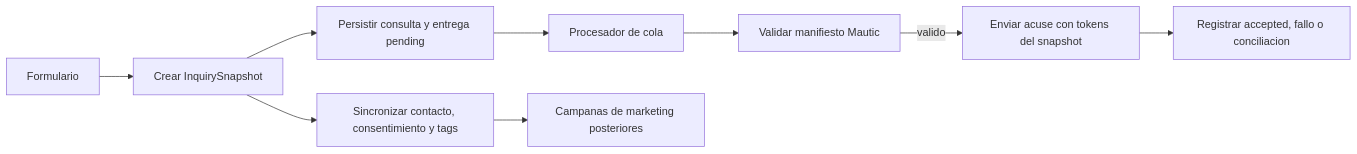
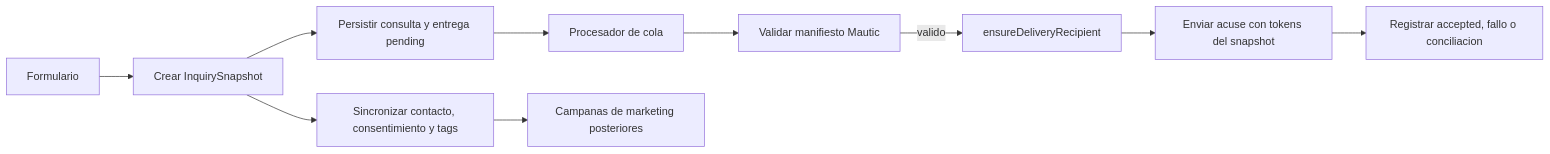
One commit to ivan1arriola/flacso-uruguay-plugin changed the diagram in docs/superpowers/specs/2026-09-30-consultas-transaccionales-snapshot-design.md. Above: the diagram before and after it, drawn with Mermaid. The commit also changed other lines of this file, not shown here.

````diff
--- a/docs/superpowers/specs/2026-09-30-consultas-transaccionales-snapshot-design.md
+++ b/docs/superpowers/specs/2026-09-30-consultas-transaccionales-snapshot-design.md
@@ -210,11 +237,12 @@
 ```mermaid
 flowchart LR
     F[Formulario] --> S[Crear InquirySnapshot]
     S --> W[Persistir consulta y entrega pending]
     W --> Q[Procesador de cola]
     Q --> V[Validar manifiesto Mautic]
-    V -->|valido| T[Enviar acuse con tokens del snapshot]
+    V -->|valido| R[ensureDeliveryRecipient]
+    R --> T[Enviar acuse con tokens del snapshot]
     T --> D[Registrar accepted, fallo o conciliacion]
     S --> C[Sincronizar contacto, consentimiento y tags]
     C --> M[Campanas de marketing posteriores]
 ```
````
